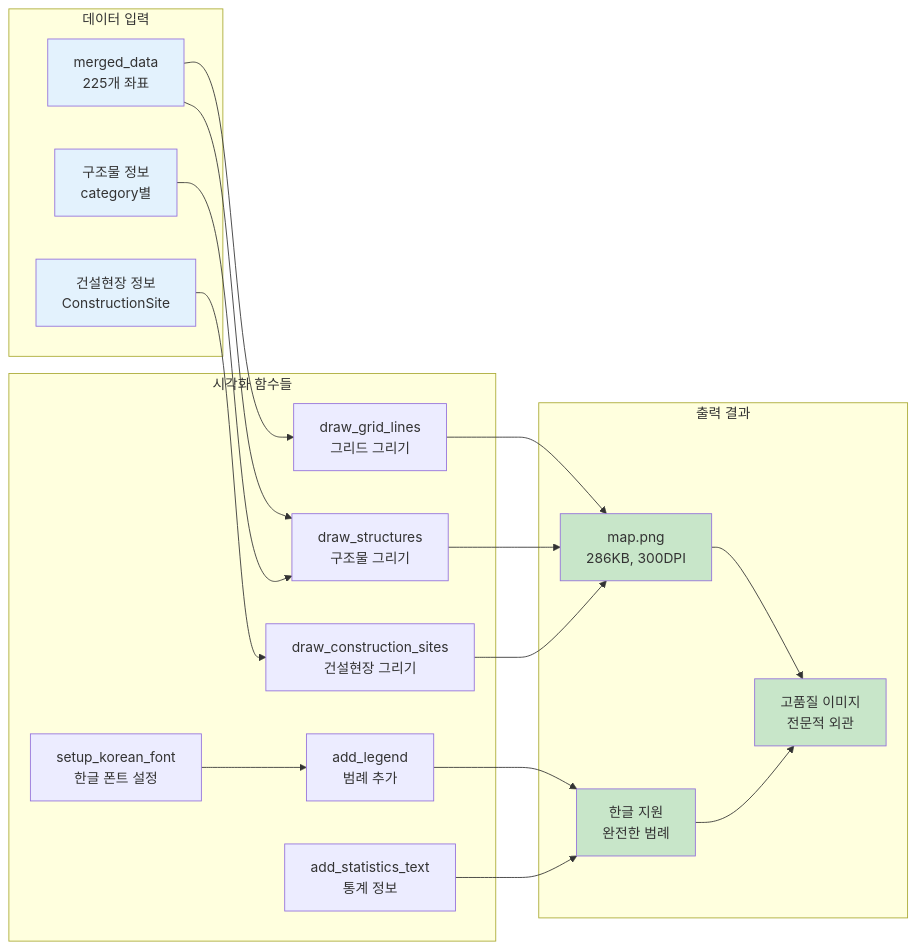
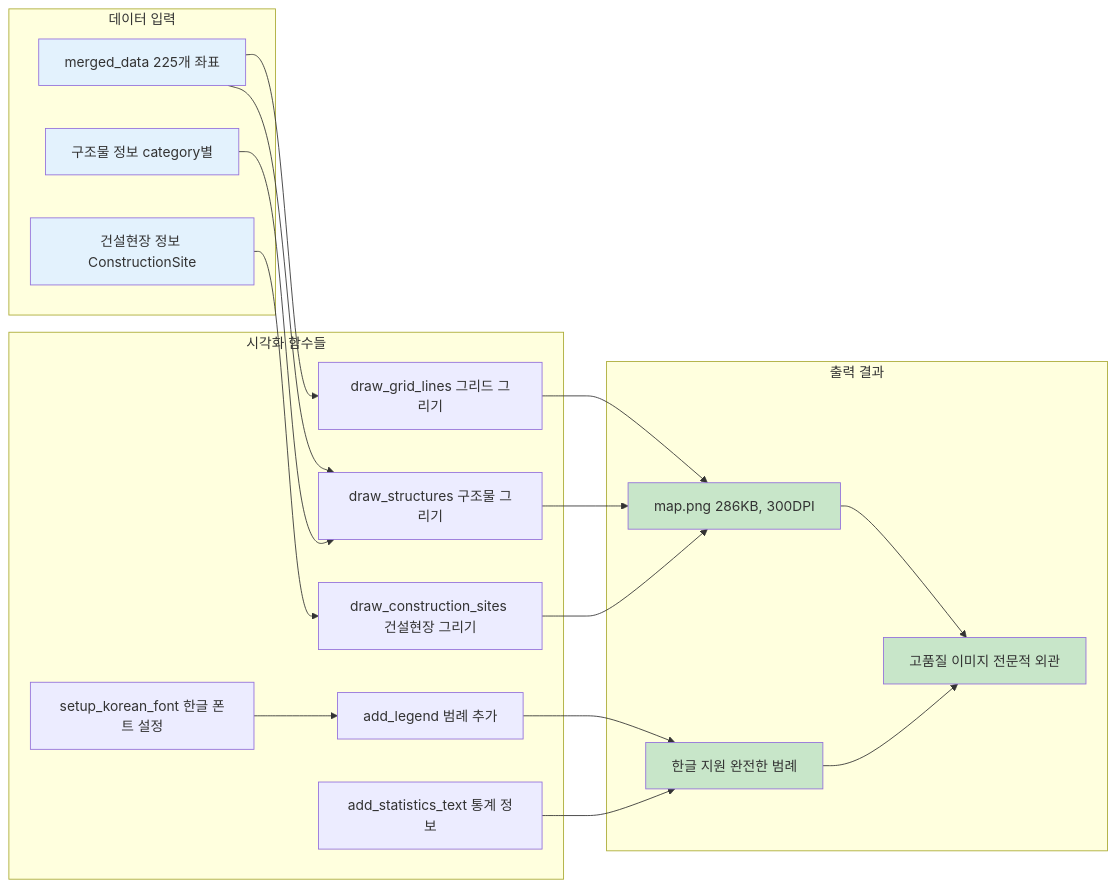
Before and after one commit to SteelCrab/ia-codyssey: the third of 4 diagrams in 2단계_지도시각화.md, drawn with Mermaid. The commit also changed other lines of this file and 3 other files, not shown here.

First line of the commit message:
fix: Mermaid 다이어그램 구문 오류 수정

````diff
--- a/2단계_지도시각화.md
+++ b/2단계_지도시각화.md
@@ -168,45 +168,45 @@
 ```mermaid
 graph LR
     subgraph "데이터 입력"
-        A1[merged_data<br/>225개 좌표]
-        A2[구조물 정보<br/>category별]
-        A3[건설현장 정보<br/>ConstructionSite]
+        A1[merged_data 225개 좌표]
+        A2[구조물 정보 category별]
+        A3[건설현장 정보 ConstructionSite]
     end
     
     subgraph "시각화 함수들"
-        B1[setup_korean_font<br/>한글 폰트 설정]
-        B2[draw_grid_lines<br/>그리드 그리기]
-        B3[draw_construction_sites<br/>건설현장 그리기]
-        B4[draw_structures<br/>구조물 그리기]
-        B5[add_legend<br/>범례 추가]
-        B6[add_statistics_text<br/>통계 정보]
+        B1[setup_korean_font 한글 폰트 설정]
+        B2[draw_grid_lines 그리드 그리기]
+        B3[draw_construction_sites 건설현장 그리기]
+        B4[draw_structures 구조물 그리기]
+        B5[add_legend 범례 추가]
+        B6[add_statistics_text 통계 정보]
     end
     
     subgraph "출력 결과"
-        C1[map.png<br/>286KB, 300DPI]
-        C2[한글 지원<br/>완전한 범례]
-        C3[고품질 이미지<br/>전문적 외관]
+        C1[map.png 286KB, 300DPI]
+        C2[한글 지원 완전한 범례]
+        C3[고품질 이미지 전문적 외관]
     end
     
     A1 --> B2
     A1 --> B4
     A2 --> B4
     A3 --> B3
     
     B1 --> B5
     B2 --> C1
     B3 --> C1
     B4 --> C1
     B5 --> C2
     B6 --> C2
     
     C1 --> C3
     C2 --> C3
     
     style A1 fill:#e3f2fd
     style A2 fill:#e3f2fd
     style A3 fill:#e3f2fd
     style C1 fill:#c8e6c9
     style C2 fill:#c8e6c9
     style C3 fill:#c8e6c9
 ```
````
